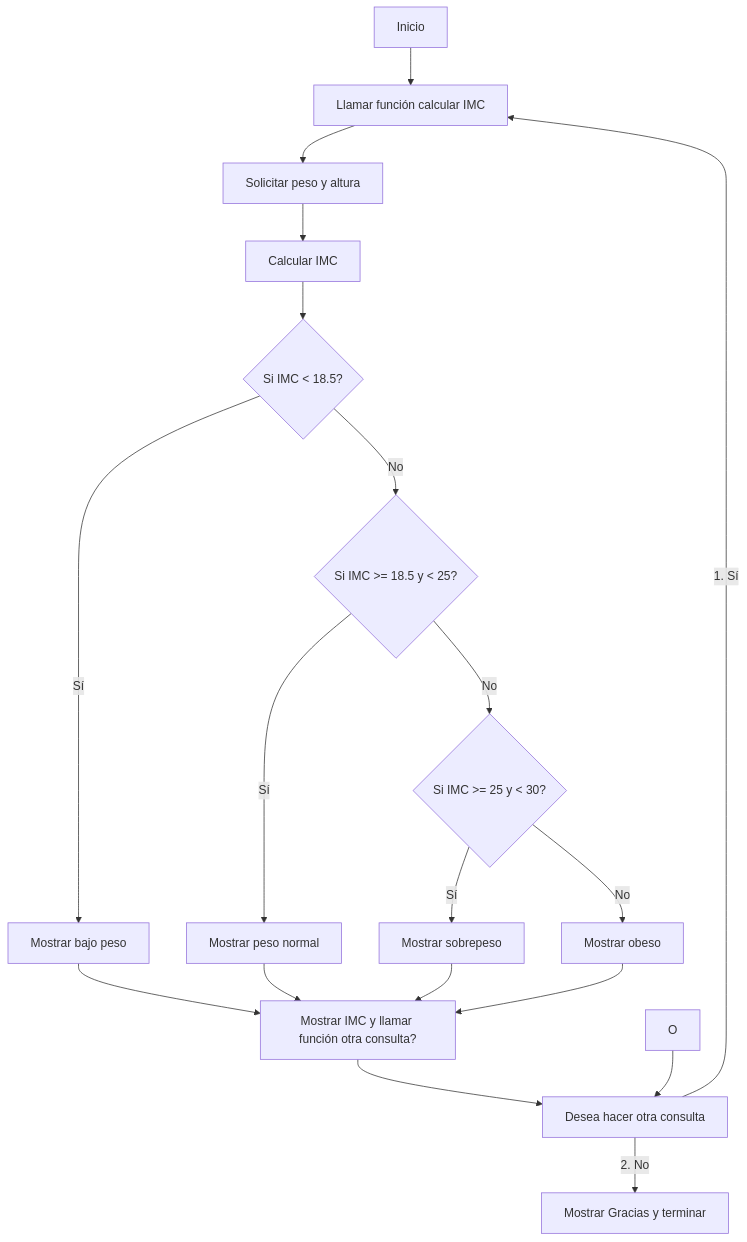
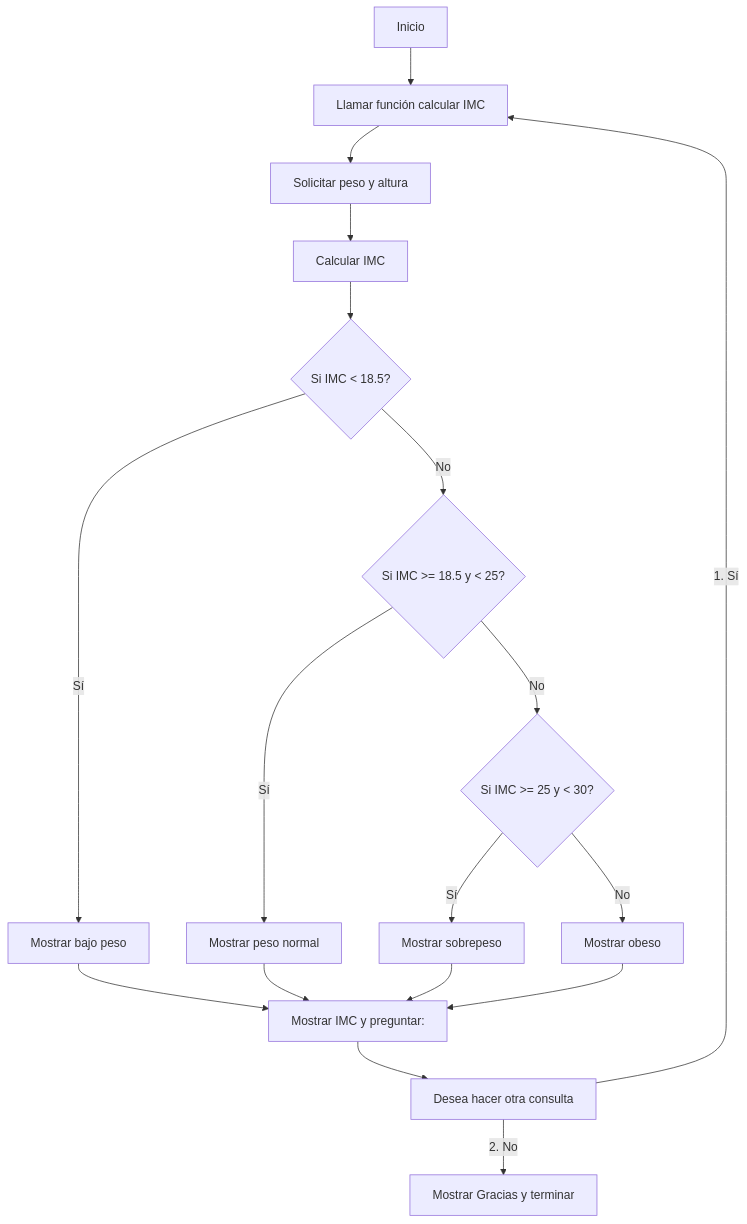
The diagram in README.md (Gabriel-Ariza/programacion_20_agosto), drawn with Mermaid before and after one commit.

Commit message:
Update prompt in README for user query

````diff
--- a/README.md
+++ b/README.md
@@ -3,24 +3,23 @@
 ```mermaid
 graph TD
     A[Inicio] --> B["Llamar función calcular IMC"]
 
     B --> C["Solicitar peso y altura"]
     C --> D["Calcular IMC"]
     D --> E{"Si IMC < 18.5?"}
     E -- Sí --> F["Mostrar bajo peso"]
     E -- No --> G{"Si IMC >= 18.5 y < 25?"}
     G -- Sí --> H["Mostrar peso normal"]
     G -- No --> I{"Si IMC >= 25 y < 30?"}
     I -- Sí --> J["Mostrar sobrepeso"]
     I -- No --> K["Mostrar obeso"]
 
     F --> L
     H --> L
     J --> L
-    K --> L["Mostrar IMC y llamar función otra consulta?"]
+    K --> L["Mostrar IMC y preguntar: "]
 
     L --> M["Desea hacer otra consulta"]
     M -- "1. Sí" --> B
     M -- "2. No" --> N["Mostrar Gracias y terminar"]
-    O --> M
 ```
````
